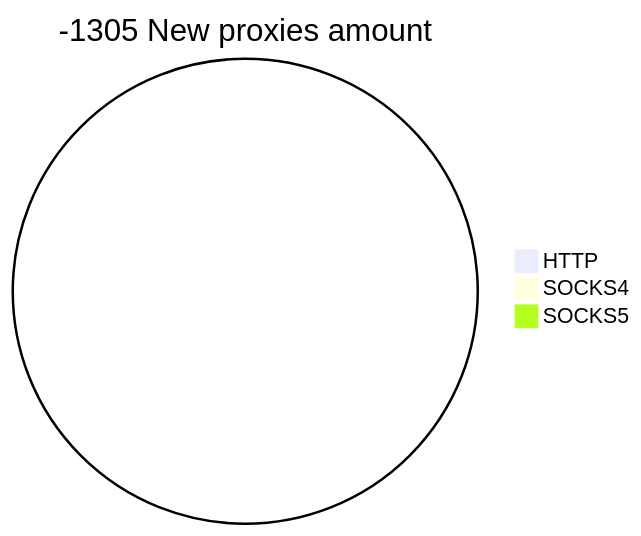
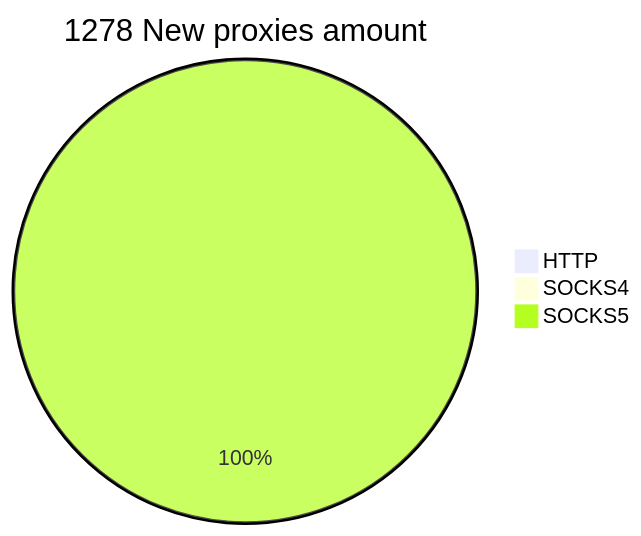
One commit to cutipu/proxylist changed the second of 2 diagrams in README.md. Above: the diagram before and after it, drawn with Mermaid. The commit also changed other lines of this file, not shown here.

````diff
--- a/README.md
+++ b/README.md
@@ -10,6 +10,6 @@
 ```mermaid
-pie title -1305 New proxies amount
-    "HTTP" : 0
+pie title 1278 New proxies amount
+    "HTTP" : 2
     "SOCKS4" : 0
-    "SOCKS5" : 0
+    "SOCKS5" : 1276
 ```
````
